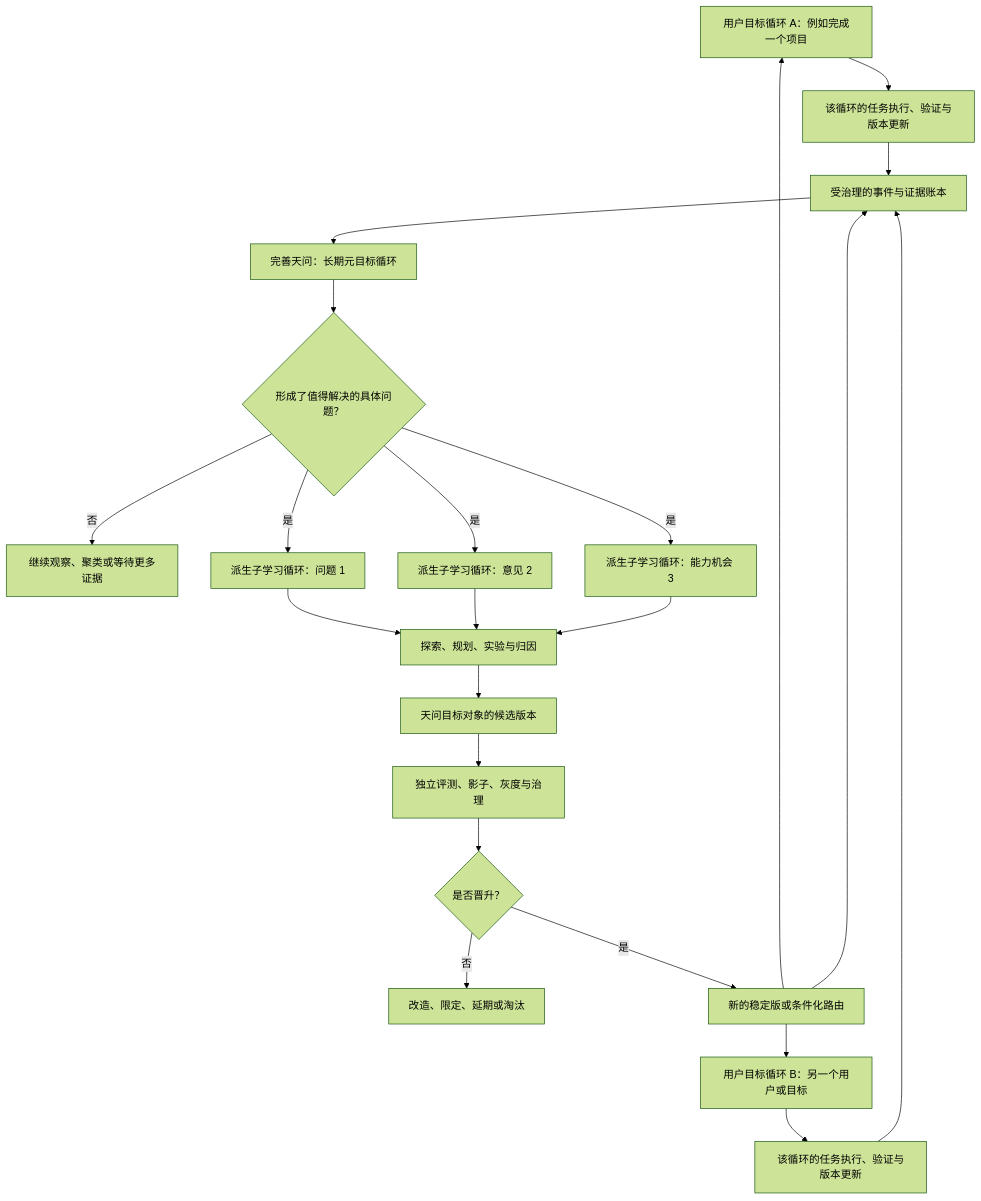
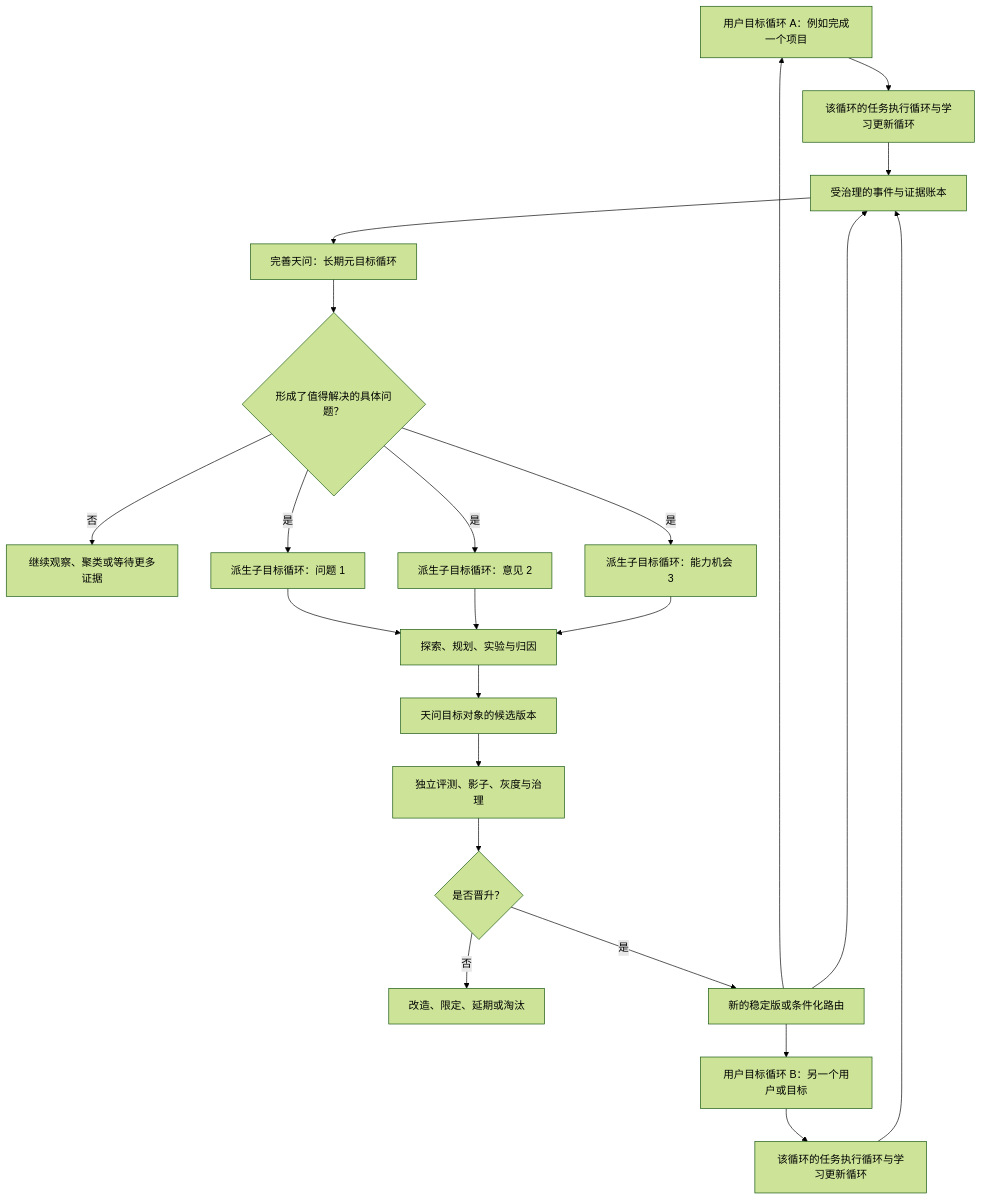
Before and after one commit to daydreamer0213/Tian-wen: the second of 3 diagrams in docs/continuous-learning-agent-research-notes.md, drawn with Mermaid (forest theme). The commit also changed other lines of this file and 1 other file, not shown here.

````diff
--- a/docs/continuous-learning-agent-research-notes.md
+++ b/docs/continuous-learning-agent-research-notes.md
@@ -2703,26 +2725,26 @@
 ```mermaid
 flowchart TB
-    U["用户目标循环 A：例如完成一个项目"] --> UE["该循环的任务执行、验证与版本更新"]
-    V["用户目标循环 B：另一个用户或目标"] --> VE["该循环的任务执行、验证与版本更新"]
+    U["用户目标循环 A：例如完成一个项目"] --> UE["该循环的任务执行循环与学习更新循环"]
+    V["用户目标循环 B：另一个用户或目标"] --> VE["该循环的任务执行循环与学习更新循环"]
     UE --> E["受治理的事件与证据账本"]
     VE --> E
 
     E --> M["完善天问：长期元目标循环"]
     M --> T{"形成了值得解决的具体问题？"}
     T -- "否" --> W["继续观察、聚类或等待更多证据"]
-    T -- "是" --> C1["派生子学习循环：问题 1"]
-    T -- "是" --> C2["派生子学习循环：意见 2"]
-    T -- "是" --> C3["派生子学习循环：能力机会 3"]
+    T -- "是" --> C1["派生子目标循环：问题 1"]
+    T -- "是" --> C2["派生子目标循环：意见 2"]
+    T -- "是" --> C3["派生子目标循环：能力机会 3"]
 
     C1 --> X["探索、规划、实验与归因"]
     C2 --> X
     C3 --> X
     X --> K["天问目标对象的候选版本"]
     K --> G["独立评测、影子、灰度与治理"]
     G --> D{"是否晋升？"}
     D -- "否" --> R["改造、限定、延期或淘汰"]
     D -- "是" --> S["新的稳定版或条件化路由"]
     S --> U
     S --> V
     S --> E
 ```
````
